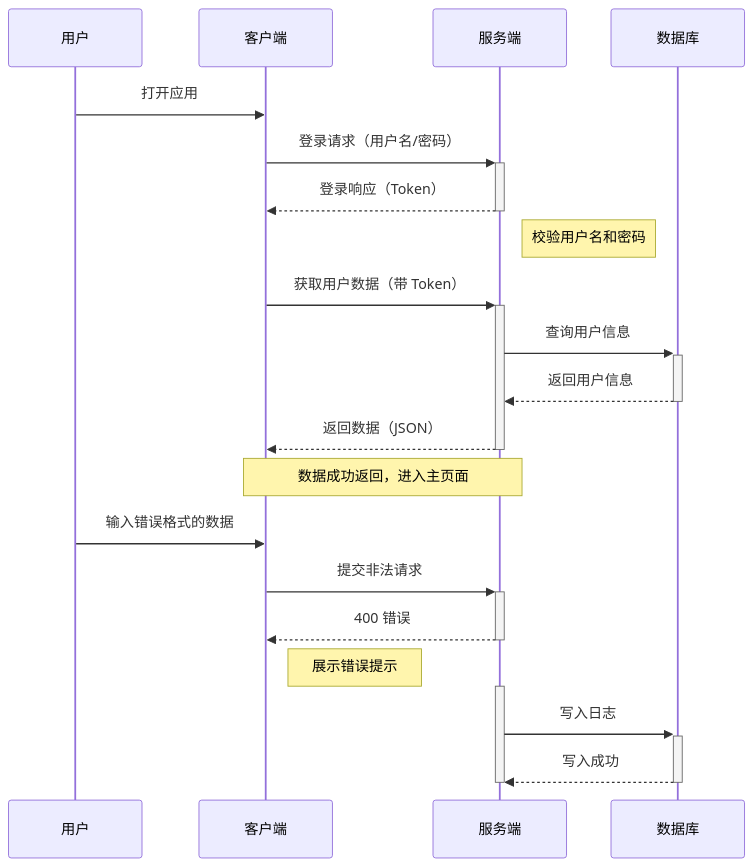
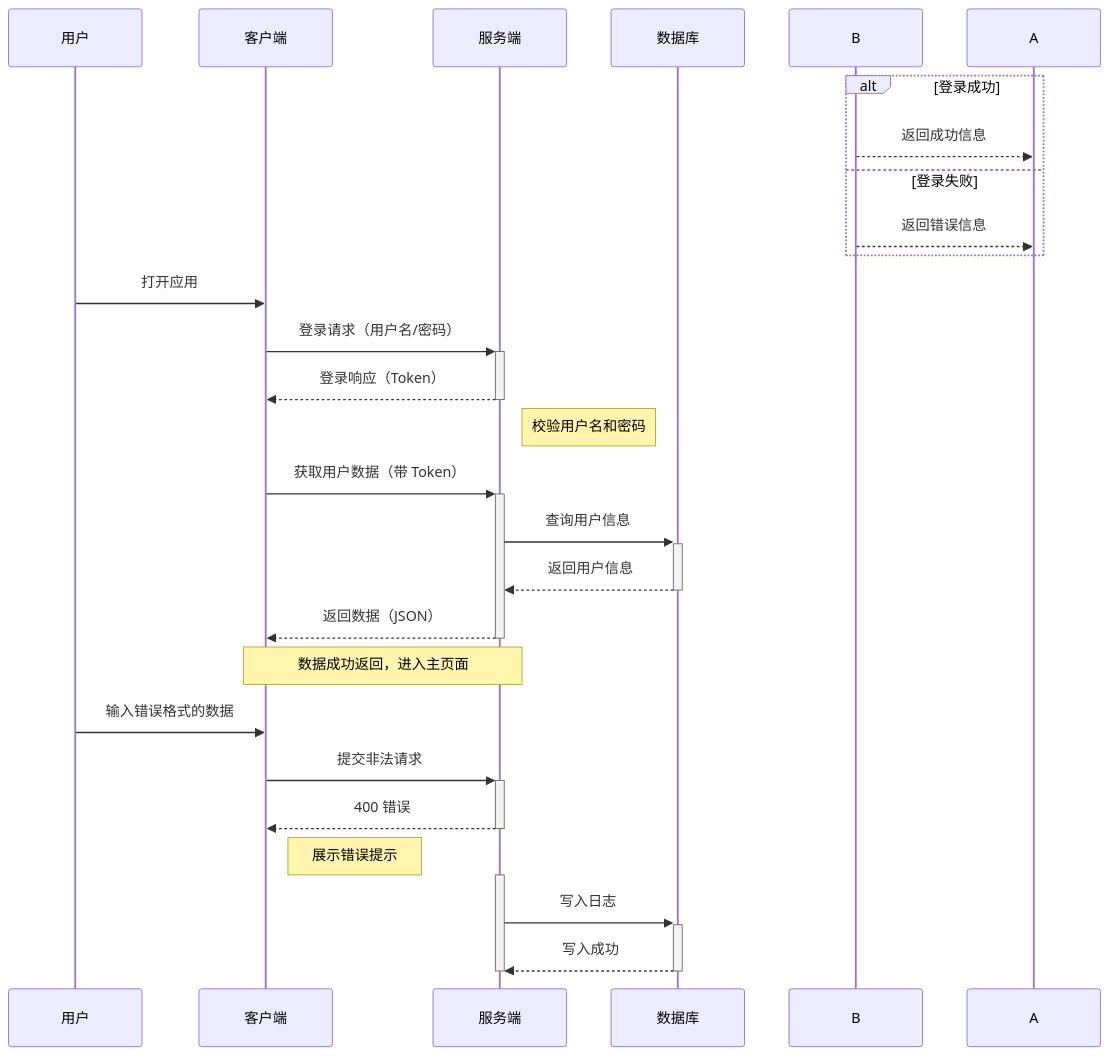
Before and after one commit to BigMouseNie/my-notes: the fourth of 6 diagrams in mermaid.md, drawn with Mermaid.

Commit message:
feat: add alt example

````diff
--- a/mermaid.md
+++ b/mermaid.md
@@ -159,34 +159,40 @@
 ```mermaid
 sequenceDiagram
     %% 角色别名
     participant U as 用户
     participant C as 客户端
     participant S as 服务端
     participant DB as 数据库
-
+	
+    alt 登录成功
+    	B-->>A: 返回成功信息
+    else 登录失败
+        B-->>A: 返回错误信息
+    end
+	
     %% 同步、异步调用
     U->>C: 打开应用
     C->>+S: 登录请求（用户名/密码）
     S-->>-C: 登录响应（Token）
 
     Note right of S: 校验用户名和密码
 
     C->>+S: 获取用户数据（带 Token）
     S->>+DB: 查询用户信息
     DB-->>-S: 返回用户信息
     S-->>-C: 返回数据（JSON）
 
     Note over C,S: 数据成功返回，进入主页面
 
     %% 错误分支
     U->>C: 输入错误格式的数据
     C->>+S: 提交非法请求
     S-->>-C: 400 错误
     Note right of C: 展示错误提示
 
     %% 消息激活标记(高亮)
     activate S
     S->>+DB: 写入日志
     DB-->>-S: 写入成功
     deactivate S
 ```
````
